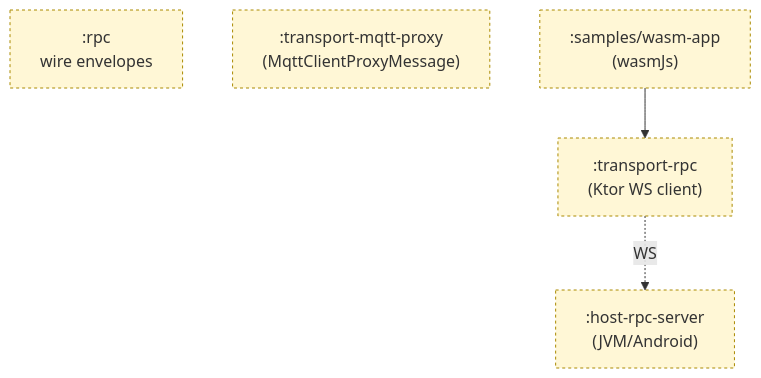
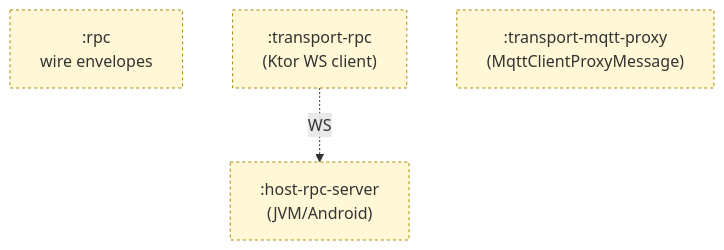
Before and after one commit to meshtastic/meshtastic-sdk: the third of 3 diagrams in docs/architecture/module-graph.md, drawn with Mermaid. The commit also changed other lines of this file and 17 other files, not shown here.

First line of the commit message:
feat: add a wasmJs target to core, testing and transport-websocket

````diff
--- a/docs/architecture/module-graph.md
+++ b/docs/architecture/module-graph.md
@@ -99,13 +100,11 @@
 ```mermaid
 flowchart TB
     classDef future fill:#fff7d6,stroke:#aa8a00,stroke-dasharray: 3 3;
 
     rpc[":rpc<br/>wire envelopes"]:::future
     transportRpc[":transport-rpc<br/>(Ktor WS client)"]:::future
     hostRpc[":host-rpc-server<br/>(JVM/Android)"]:::future
     transportMqttProxy[":transport-mqtt-proxy<br/>(MqttClientProxyMessage)"]:::future
-    wasmApp[":samples/wasm-app<br/>(wasmJs)"]:::future
 
     transportRpc -. WS .-> hostRpc
-    wasmApp --> transportRpc
 ```
````
